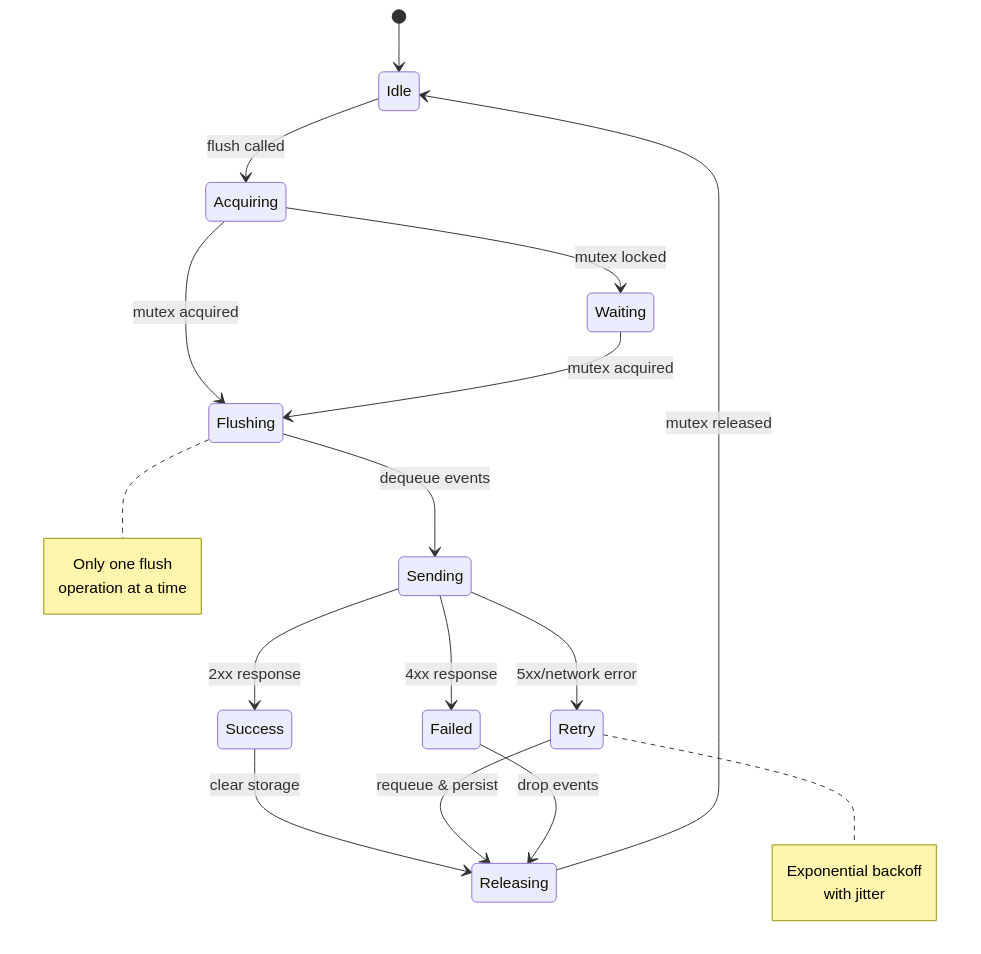
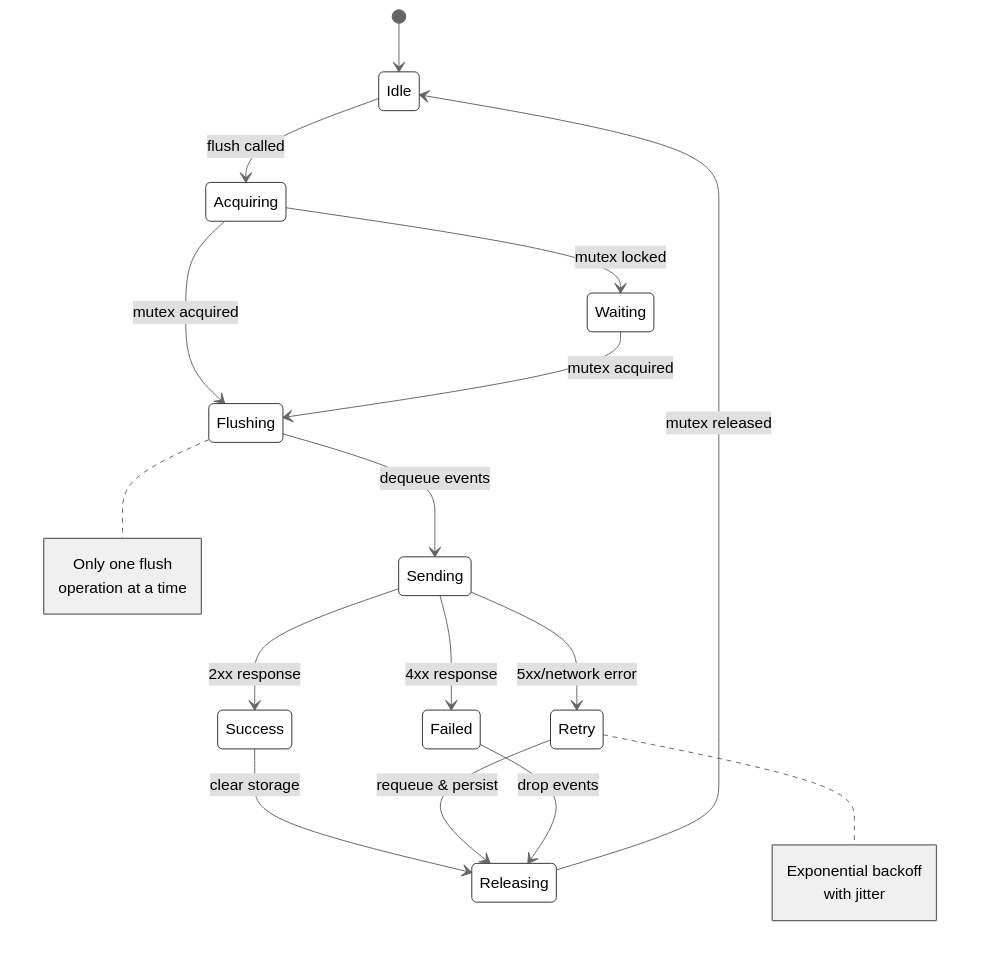
Before and after one commit to Tap30/ripple: the third of 3 diagrams in DESIGN_AND_CONTRACTS.md, drawn with Mermaid. The commit also changed other lines of this file, not shown here.

````diff
--- a/DESIGN_AND_CONTRACTS.md
+++ b/DESIGN_AND_CONTRACTS.md
@@ -423,31 +453,32 @@
 ```mermaid
+%%{init: {'theme':'base', 'themeVariables': { 'background':'#ffffff','mainBkg':'#ffffff','primaryColor':'#f5f5f5','primaryTextColor':'#000','primaryBorderColor':'#333','lineColor':'#666','secondaryColor':'#e0e0e0','tertiaryColor':'#d0d0d0','noteBkgColor':'#f0f0f0','noteBorderColor':'#666','noteTextColor':'#000'}}}%%
 stateDiagram-v2
     [*] --> Idle
 
     Idle --> Acquiring: flush called
     Acquiring --> Flushing: mutex acquired
     Acquiring --> Waiting: mutex locked
 
     Waiting --> Flushing: mutex acquired
 
     Flushing --> Sending: dequeue events
     Sending --> Success: 2xx response
     Sending --> Retry: 5xx/network error
     Sending --> Failed: 4xx response
 
     Success --> Releasing: clear storage
     Retry --> Releasing: requeue & persist
     Failed --> Releasing: drop events
 
     Releasing --> Idle: mutex released
 
     note right of Flushing
         Only one flush
         operation at a time
     end note
 
     note right of Retry
         Exponential backoff
         with jitter
     end note
 ```
````
